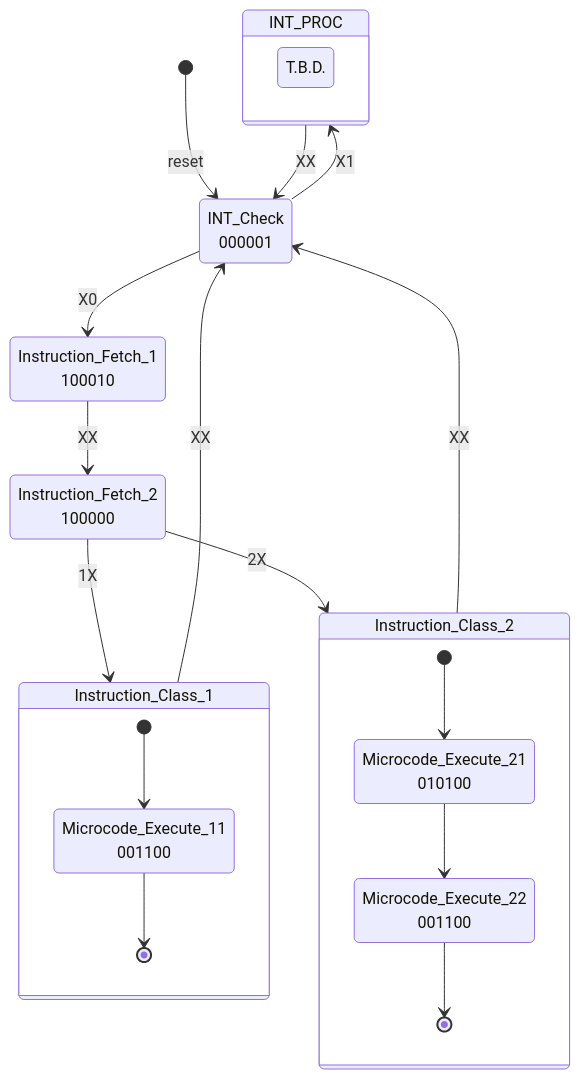
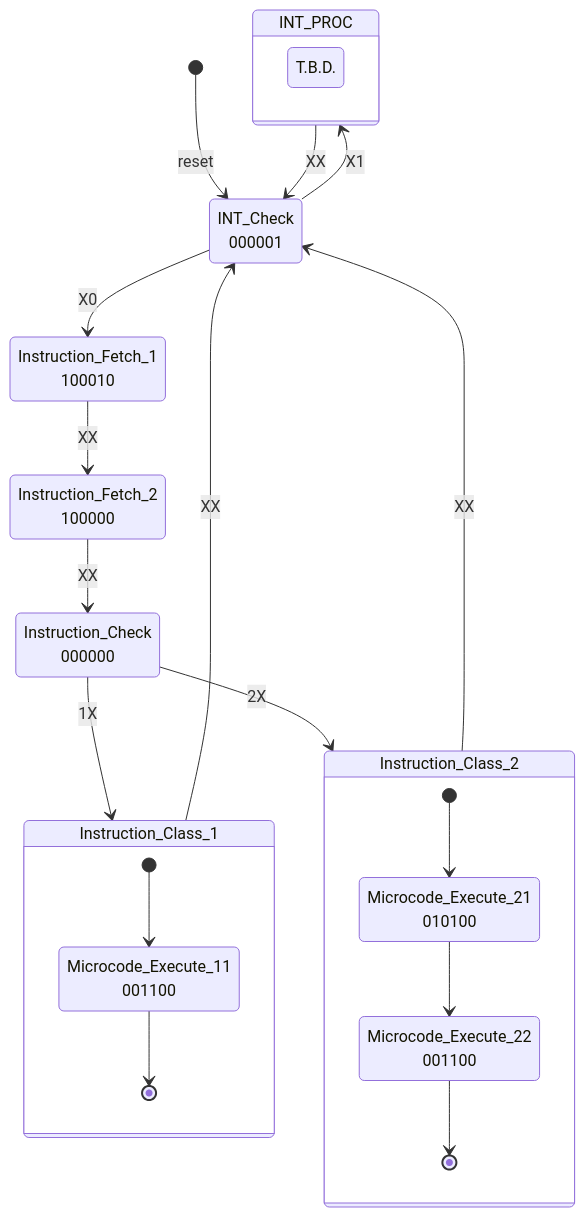
The diagram in doc/Instruction_Decoder_Specification.md (terapotan/NC16), drawn with Mermaid before and after one commit. The commit also changed other lines of this file, not shown here.

Commit message:
IDCドキュメント修正

````diff
--- a/doc/Instruction_Decoder_Specification.md
+++ b/doc/Instruction_Decoder_Specification.md
@@ -88,35 +88,37 @@
 ```mermaid
 stateDiagram-v2
     state INT_PROC{
         T.B.D.
     }
     state Instruction_Class_1{
         [*] --> Microcode_Execute_11<br>001100
         Microcode_Execute_11<br>001100 --> [*]
     }
 
     state Instruction_Class_2{
         [*] --> Microcode_Execute_21<br>010100
 
         Microcode_Execute_21<br>010100 --> Microcode_Execute_22<br>001100
 
         Microcode_Execute_22<br>001100 --> [*]
     }
 
 
     [*] --> INT_Check<br>000001: reset
     INT_Check<br>000001 --> Instruction_Fetch_1<br>100010: X0
 
     INT_Check<br>000001 --> INT_PROC:X1
     INT_PROC --> INT_Check<br>000001:XX
 
     Instruction_Fetch_1<br>100010 --> Instruction_Fetch_2<br>100000 : XX
 
-    Instruction_Fetch_2<br>100000 --> Instruction_Class_1 : 1X
+    Instruction_Fetch_2<br>100000 --> Instruction_Check<br>000000 : XX
+
+    Instruction_Check<br>000000 --> Instruction_Class_1 : 1X
 
     Instruction_Class_1 --> INT_Check<br>000001 :XX
 
-    Instruction_Fetch_2<br>100000 --> Instruction_Class_2 : 2X
+    Instruction_Check<br>000000 --> Instruction_Class_2 : 2X
 
     Instruction_Class_2 --> INT_Check<br>000001 :XX
 ```
````
